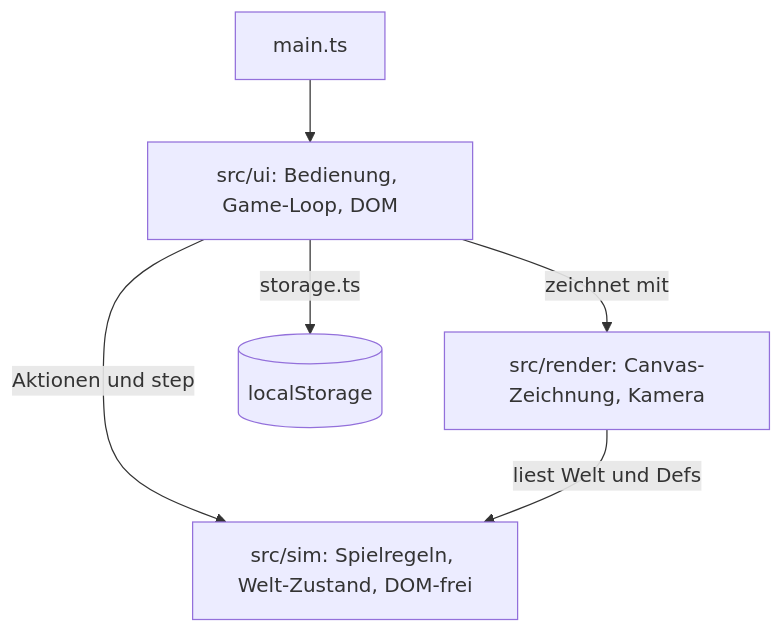
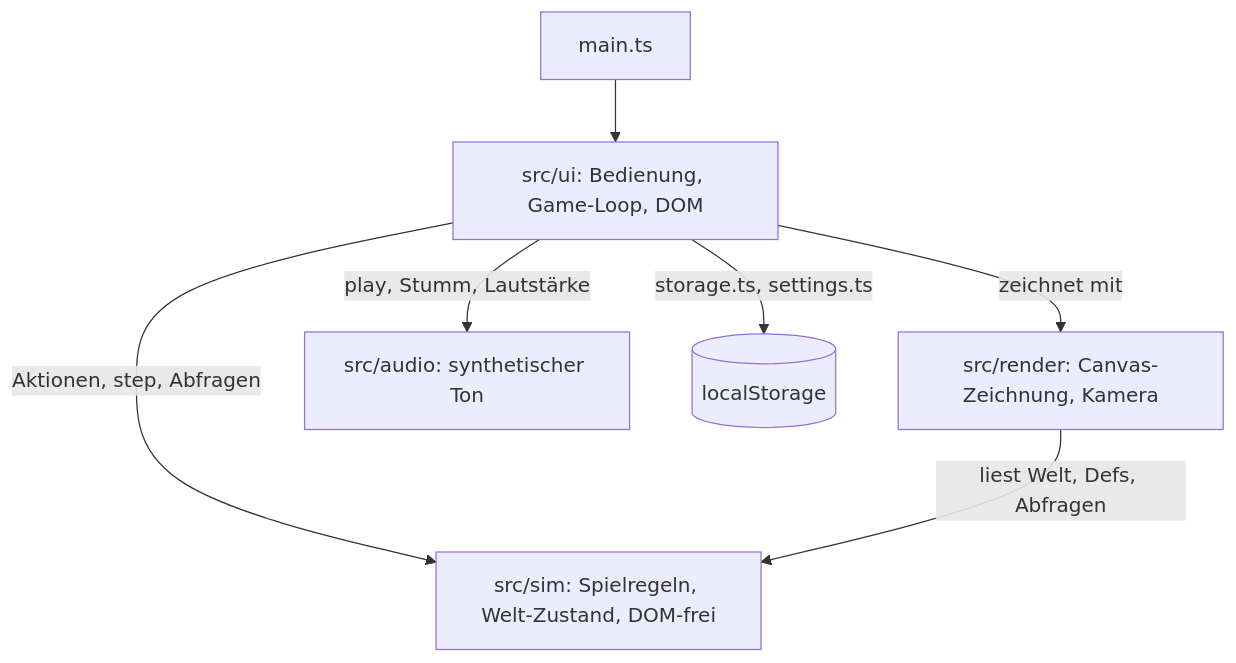
The second of 7 diagrams in docs/arc42.md (konstantinniedermann/Inselreich), drawn with Mermaid before and after one commit. The commit also changed other lines of this file and 8 other files, not shown here.

````diff
--- a/docs/arc42.md
+++ b/docs/arc42.md
@@ -85,13 +98,15 @@
 ```mermaid
 flowchart TB
   Main["main.ts"]
   UI["src/ui: Bedienung, Game-Loop, DOM"]
   Render["src/render: Canvas-Zeichnung, Kamera"]
   Sim["src/sim: Spielregeln, Welt-Zustand, DOM-frei"]
+  Audio["src/audio: synthetischer Ton"]
   LS[("localStorage")]
   Main --> UI
   UI -->|"zeichnet mit"| Render
-  UI -->|"Aktionen und step"| Sim
-  Render -->|"liest Welt und Defs"| Sim
-  UI -->|"storage.ts"| LS
+  UI -->|"Aktionen, step, Abfragen"| Sim
+  UI -->|"play, Stumm, Lautstärke"| Audio
+  Render -->|"liest Welt, Defs, Abfragen"| Sim
+  UI -->|"storage.ts, settings.ts"| LS
 ```
````
